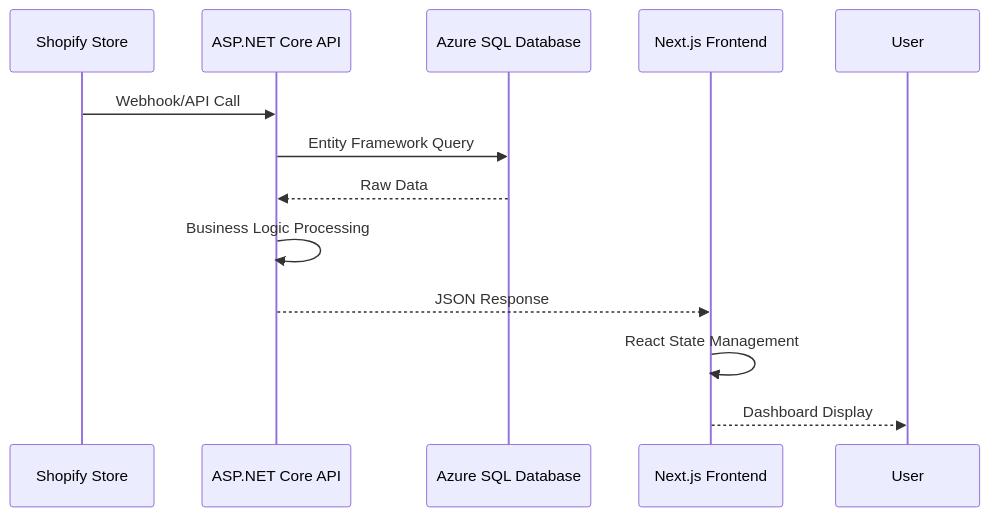
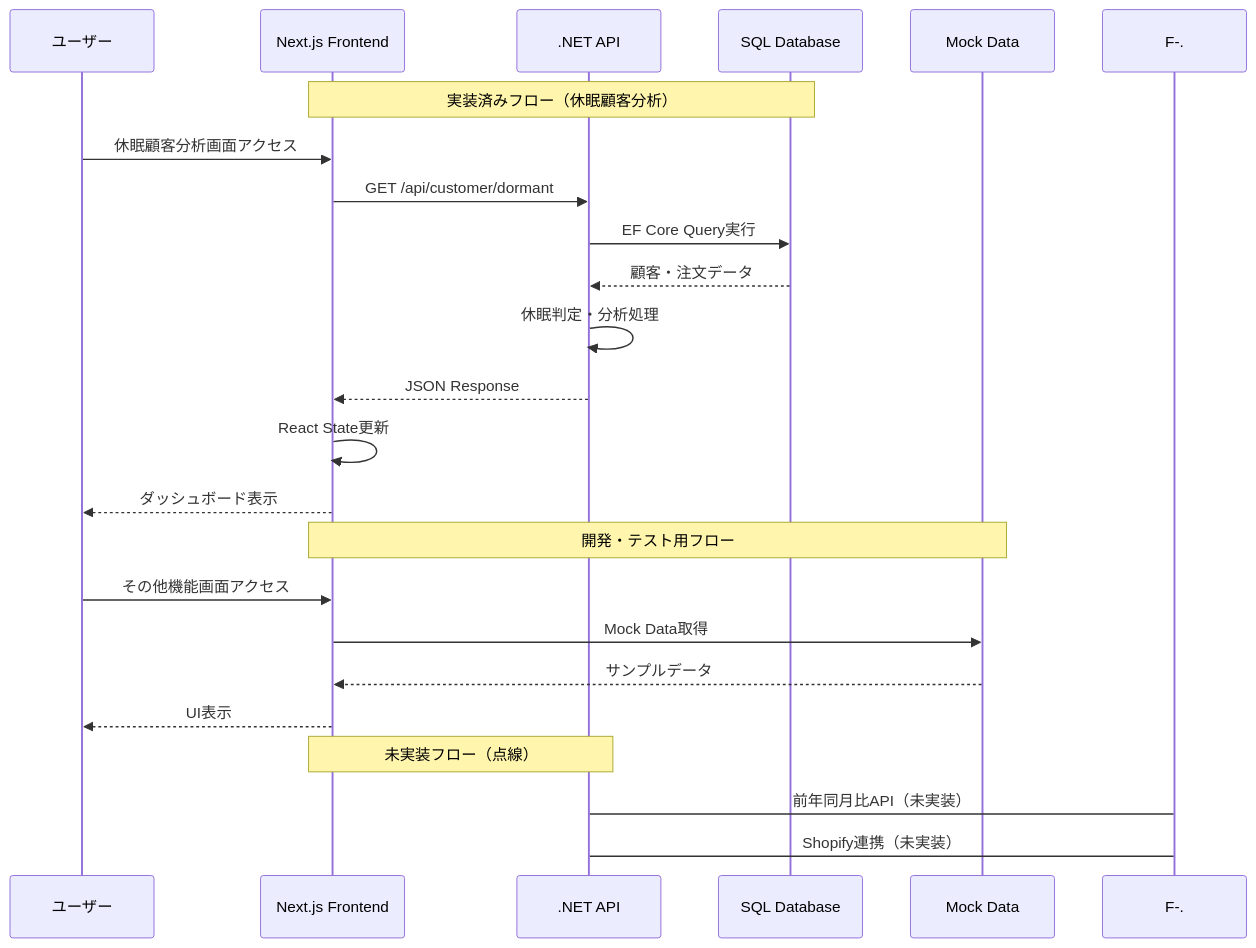
The second of 3 diagrams in docs/02-architecture/system-architecture.md (sideworks-fuk/shopify-ai-marketing-suite), drawn with Mermaid before and after one commit. The commit also changed other lines of this file and 29 other files, not shown here.

````diff
--- a/docs/02-architecture/system-architecture.md
+++ b/docs/02-architecture/system-architecture.md
@@ -202,15 +252,28 @@
 ```mermaid
 sequenceDiagram
-    participant S as Shopify Store
-    participant API as ASP.NET Core API
-    participant DB as Azure SQL Database  
-    participant UI as Next.js Frontend
+    participant U as ユーザー
+    participant F as Next.js Frontend
+    participant A as .NET API
+    participant D as SQL Database
+    participant M as Mock Data
     
-    S->>API: Webhook/API Call
-    API->>DB: Entity Framework Query
-    DB-->>API: Raw Data
-    API->>API: Business Logic Processing
-    API-->>UI: JSON Response
-    UI->>UI: React State Management
-    UI-->>User: Dashboard Display
+    Note over F,D: 実装済みフロー（休眠顧客分析）
+    U->>F: 休眠顧客分析画面アクセス
+    F->>A: GET /api/customer/dormant
+    A->>D: EF Core Query実行
+    D-->>A: 顧客・注文データ
+    A->>A: 休眠判定・分析処理
+    A-->>F: JSON Response
+    F->>F: React State更新
+    F-->>U: ダッシュボード表示
+    
+    Note over F,M: 開発・テスト用フロー
+    U->>F: その他機能画面アクセス
+    F->>M: Mock Data取得
+    M-->>F: サンプルデータ
+    F-->>U: UI表示
+    
+    Note over F,A: 未実装フロー（点線）
+    F-.->A: 前年同月比API（未実装）
+    F-.->A: Shopify連携（未実装）
 ```
````
